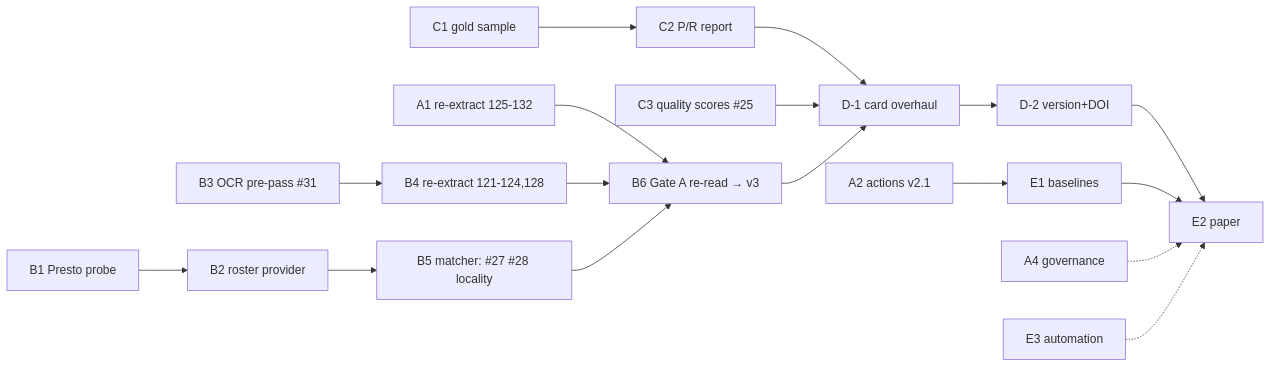
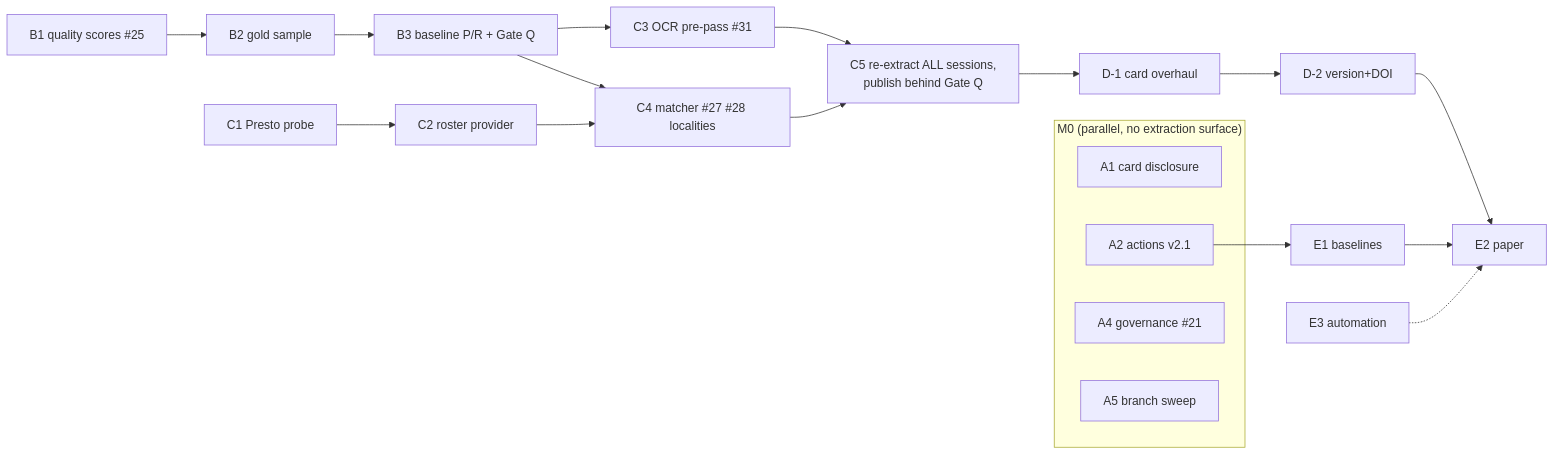
Before and after one commit to PhilipMathieu/maine-bills: the diagram in docs/plans/2026-07-30-publication-plan.md, drawn with Mermaid. The commit also changed other lines of this file, not shown here.

First line of the commit message:
docs: plan v2 — quality gate first, per owner feedback

````diff
--- a/docs/plans/2026-07-30-publication-plan.md
+++ b/docs/plans/2026-07-30-publication-plan.md
@@ -279,16 +313,19 @@
 ```mermaid
 graph LR
-    A1[A1 re-extract 125-132] --> B6
-    A2[A2 actions v2.1] --> E1
-    B1[B1 Presto probe] --> B2[B2 roster provider]
-    B3[B3 OCR pre-pass #31] --> B4[B4 re-extract 121-124,128]
-    B2 --> B5[B5 matcher: #27 #28 locality]
-    B4 --> B6[B6 Gate A re-read → v3]
-    B5 --> B6
-    C1[C1 gold sample] --> C2[C2 P/R report] --> D1c[D-1 card overhaul]
-    C3[C3 quality scores #25] --> D1c
-    B6 --> D1c --> D2v[D-2 version+DOI] --> E2[E2 paper]
-    E1[E1 baselines] --> E2
-    A4[A4 governance] -.-> E2
+    subgraph M0["M0 (parallel, no extraction surface)"]
+        A1[A1 card disclosure]
+        A2[A2 actions v2.1]
+        A4[A4 governance #21]
+        A5[A5 branch sweep]
+    end
+    B1[B1 quality scores #25] --> B2[B2 gold sample]
+    B2 --> B3[B3 baseline P/R + Gate Q]
+    B3 --> C3[C3 OCR pre-pass #31]
+    B3 --> C4[C4 matcher #27 #28 localities]
+    C1[C1 Presto probe] --> C2[C2 roster provider] --> C4
+    C3 --> C5[C5 re-extract ALL sessions,<br/>publish behind Gate Q]
+    C4 --> C5
+    C5 --> D1c[D-1 card overhaul] --> D2v[D-2 version+DOI] --> E2[E2 paper]
+    A2 --> E1[E1 baselines] --> E2
     E3[E3 automation] -.-> E2
 ```
````
